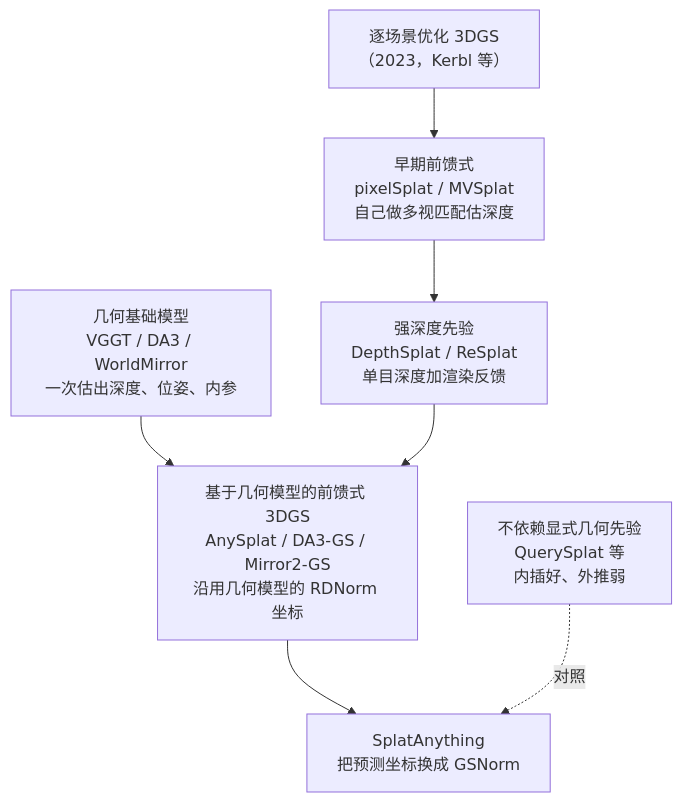
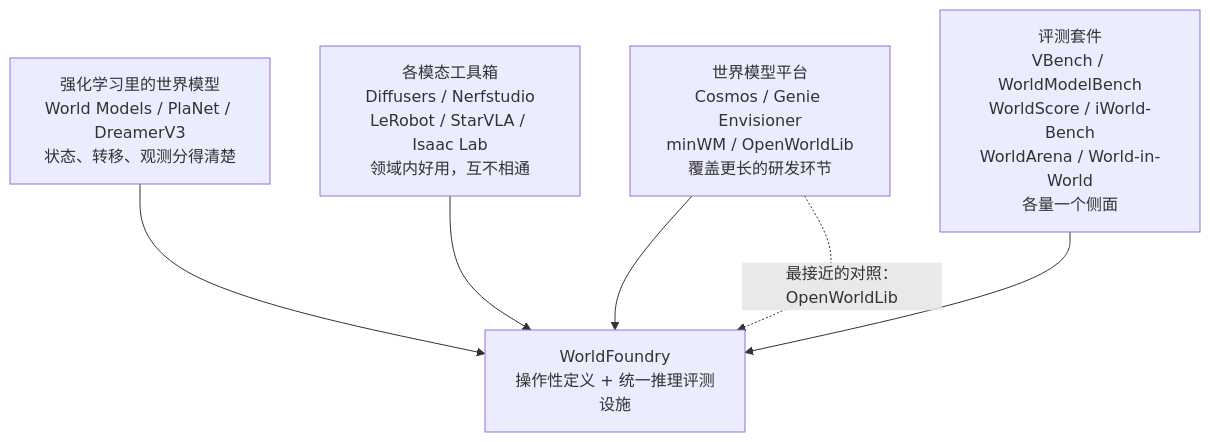
The first of 5 diagrams in docs/index.md (yingwang/paper-reads), drawn with Mermaid before and after one commit. The commit also changed other lines of this file and 2 other files, not shown here.

First line of the commit message:
Add 2026-11-10-worldfoundry-unified-infrastructure-world-intelligence

````diff
--- a/docs/index.md
+++ b/docs/index.md
@@ -78,9 +75,8 @@
 ```mermaid
 flowchart TD
-    A["逐场景优化 3DGS<br/>（2023，Kerbl 等）"] --> B["早期前馈式<br/>pixelSplat / MVSplat<br/>自己做多视匹配估深度"]
-    B --> C["强深度先验<br/>DepthSplat / ReSplat<br/>单目深度加渲染反馈"]
-    D["几何基础模型<br/>VGGT / DA3 / WorldMirror<br/>一次估出深度、位姿、内参"] --> E["基于几何模型的前馈式 3DGS<br/>AnySplat / DA3-GS / Mirror2-GS<br/>沿用几何模型的 RDNorm 坐标"]
-    C --> E
-    E --> F["SplatAnything<br/>把预测坐标换成 GSNorm"]
-    G["不依赖显式几何先验<br/>QuerySplat 等<br/>内插好、外推弱"] -.对照.-> F
+    A["强化学习里的世界模型<br/>World Models / PlaNet / DreamerV3<br/>状态、转移、观测分得清楚"] --> E["WorldFoundry<br/>操作性定义 + 统一推理评测设施"]
+    B["各模态工具箱<br/>Diffusers / Nerfstudio<br/>LeRobot / StarVLA / Isaac Lab<br/>领域内好用，互不相通"] --> E
+    C["世界模型平台<br/>Cosmos / Genie Envisioner<br/>minWM / OpenWorldLib<br/>覆盖更长的研发环节"] --> E
+    D["评测套件<br/>VBench / WorldModelBench<br/>WorldScore / iWorld-Bench<br/>WorldArena / World-in-World<br/>各量一个侧面"] --> E
+    C -. "最接近的对照：OpenWorldLib" .-> E
 ```
````
